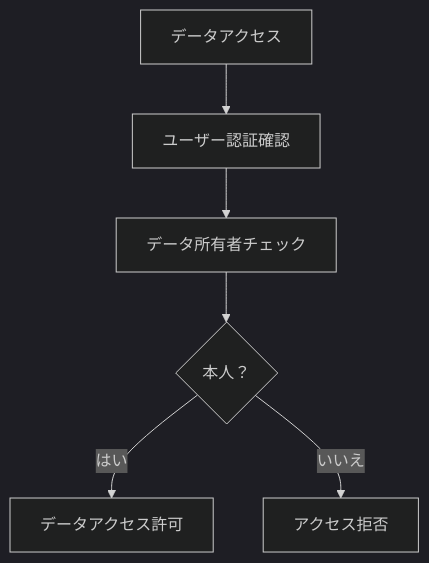
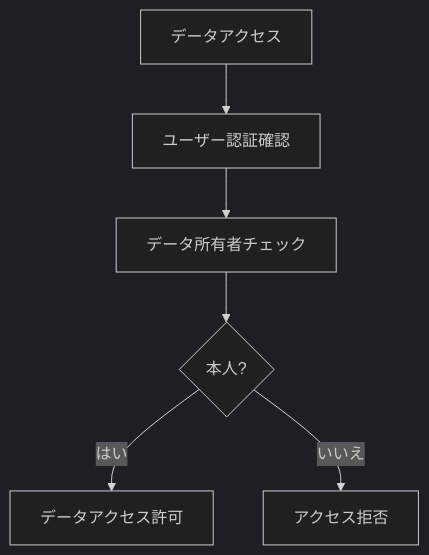
One commit to UtakataKyosui/RecommendMedicineServer changed diagram 18 of 42 in features-flow.md. Above: the diagram before and after it, drawn with Mermaid (dark theme). The commit also changed other lines of this file, not shown here.

First line of the commit message:
docs: Update features-flow.md

````diff
--- a/features-flow.md
+++ b/features-flow.md
@@ -334,8 +334,8 @@
 ```mermaid
 graph TD
     A[データアクセス] --> B[ユーザー認証確認]
     B --> C[データ所有者チェック]
-    C --> D{本人？}
+    C --> D{本人?}
     D -->|はい| E[データアクセス許可]
     D -->|いいえ| F[アクセス拒否]
 ```
````
